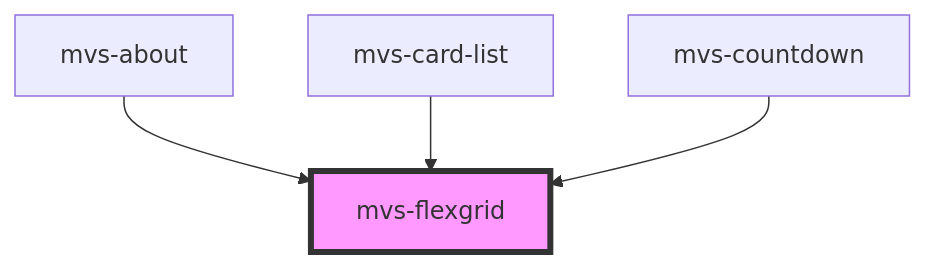
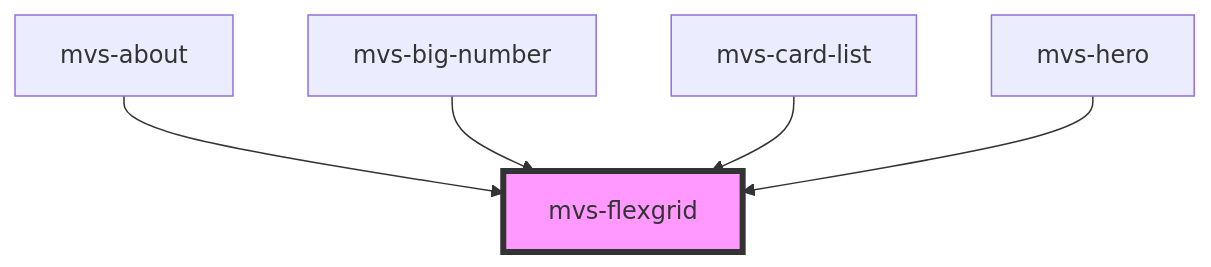
Before and after one commit to rafaela-vairo/mvs-design-system: the diagram in src/components/layout/mvs-flexgrid/readme.md, drawn with Mermaid. The commit also changed other lines of this file and 13 other files, not shown here.

````diff
--- a/src/components/layout/mvs-flexgrid/readme.md
+++ b/src/components/layout/mvs-flexgrid/readme.md
@@ -31,7 +32,8 @@
 ```mermaid
 graph TD;
   mvs-about --> mvs-flexgrid
+  mvs-big-number --> mvs-flexgrid
   mvs-card-list --> mvs-flexgrid
-  mvs-countdown --> mvs-flexgrid
+  mvs-hero --> mvs-flexgrid
   style mvs-flexgrid fill:#f9f,stroke:#333,stroke-width:4px
 ```
````
